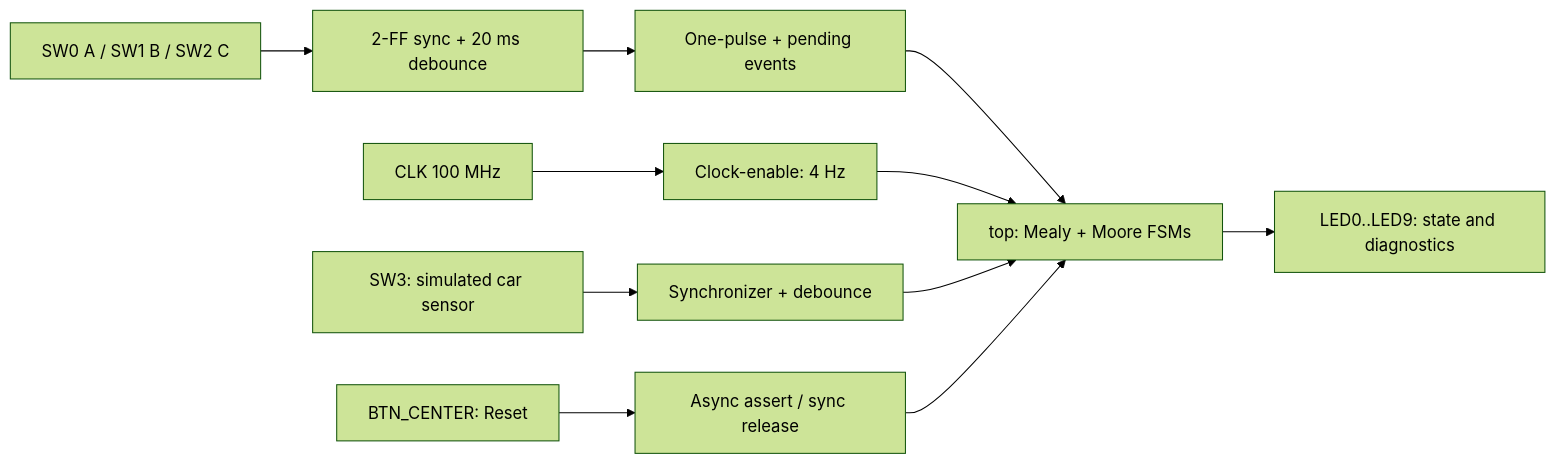
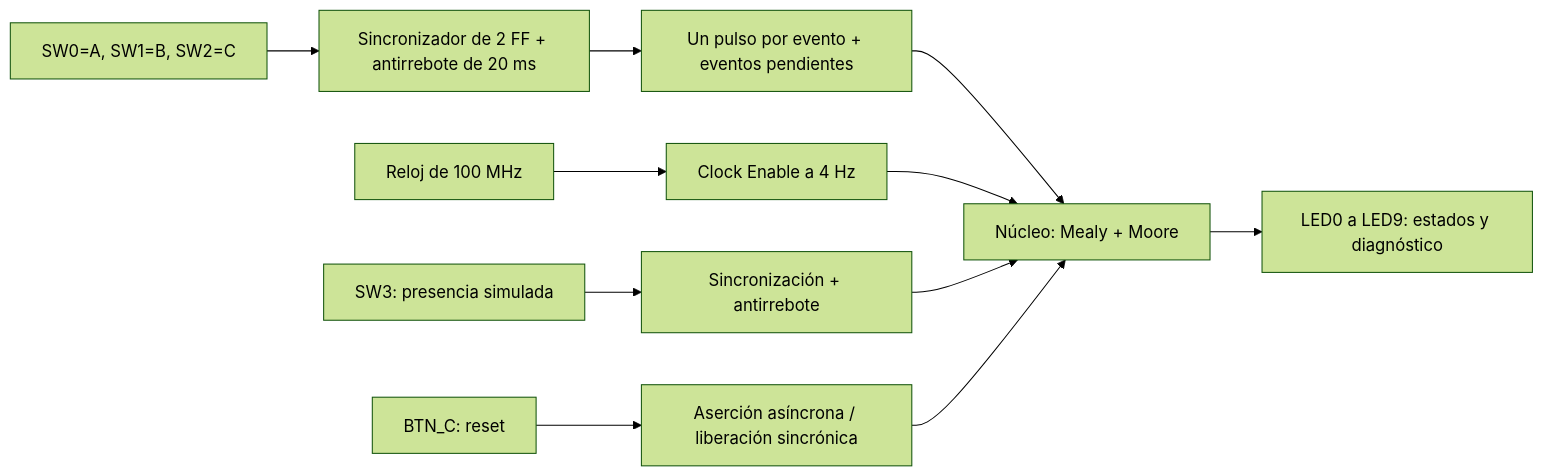
One commit to Josemedinan/FSM-Parking-Verylog changed the diagram in README.md. Above: the diagram before and after it, drawn with Mermaid (forest theme). The commit also changed other lines of this file, not shown here.

````diff
--- a/README.md
+++ b/README.md
@@ -50,13 +54,13 @@
 ```mermaid
 flowchart LR
-    SW["SW0 A / SW1 B / SW2 C"] --> DB["2-FF sync + 20 ms debounce"]
-    DB --> KEY["One-pulse + pending events"]
-    CLK["CLK 100 MHz"] --> CE["Clock-enable: 4 Hz"]
-    KEY --> CORE["top: Mealy + Moore FSMs"]
-    CE --> CORE
-    SENSOR["SW3: simulated car sensor"] --> SDB["Synchronizer + debounce"]
-    SDB --> CORE
-    RESET["BTN_CENTER: Reset"] --> RS["Async assert / sync release"]
-    RS --> CORE
-    CORE --> LED["LED0..LED9: state and diagnostics"]
+    S["SW0=A, SW1=B, SW2=C"] --> D["Sincronizador de 2 FF + antirrebote de 20 ms"]
+    D --> P["Un pulso por evento + eventos pendientes"]
+    R["Reloj de 100 MHz"] --> CE["Clock Enable a 4 Hz"]
+    P --> F["Núcleo: Mealy + Moore"]
+    CE --> F
+    SE["SW3: presencia simulada"] --> SD["Sincronización + antirrebote"]
+    SD --> F
+    RE["BTN_C: reset"] --> RS["Aserción asíncrona / liberación sincrónica"]
+    RS --> F
+    F --> L["LED0 a LED9: estados y diagnóstico"]
 ```
````
